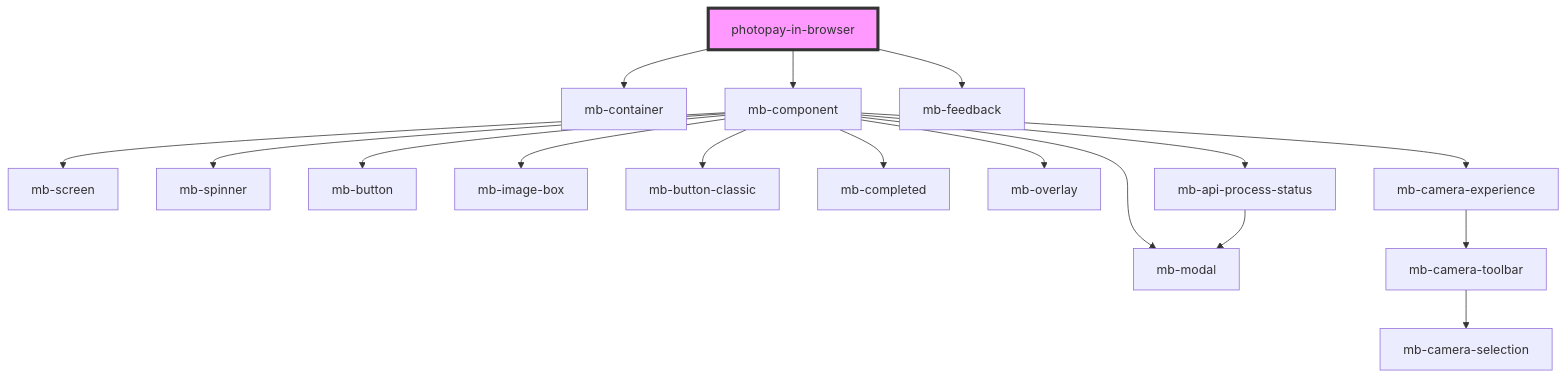
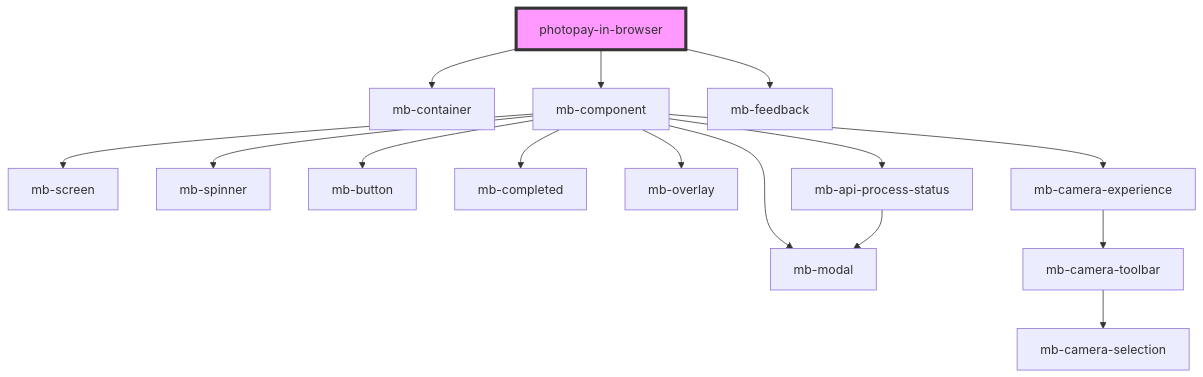
The diagram in ui/docs/components/photopay-in-browser/readme.md (PhotoPay/photopay-in-browser), drawn with Mermaid before and after one commit. The commit also changed other lines of this file and 69 other files, not shown here.

````diff
--- a/ui/docs/components/photopay-in-browser/readme.md
+++ b/ui/docs/components/photopay-in-browser/readme.md
@@ -97,20 +118,18 @@
 ```mermaid
 graph TD;
   photopay-in-browser --> mb-container
   photopay-in-browser --> mb-component
   photopay-in-browser --> mb-feedback
   mb-component --> mb-screen
   mb-component --> mb-spinner
   mb-component --> mb-button
-  mb-component --> mb-image-box
-  mb-component --> mb-button-classic
   mb-component --> mb-completed
   mb-component --> mb-overlay
   mb-component --> mb-modal
   mb-component --> mb-camera-experience
   mb-component --> mb-api-process-status
   mb-camera-experience --> mb-camera-toolbar
   mb-camera-toolbar --> mb-camera-selection
   mb-api-process-status --> mb-modal
   style photopay-in-browser fill:#f9f,stroke:#333,stroke-width:4px
 ```
````
